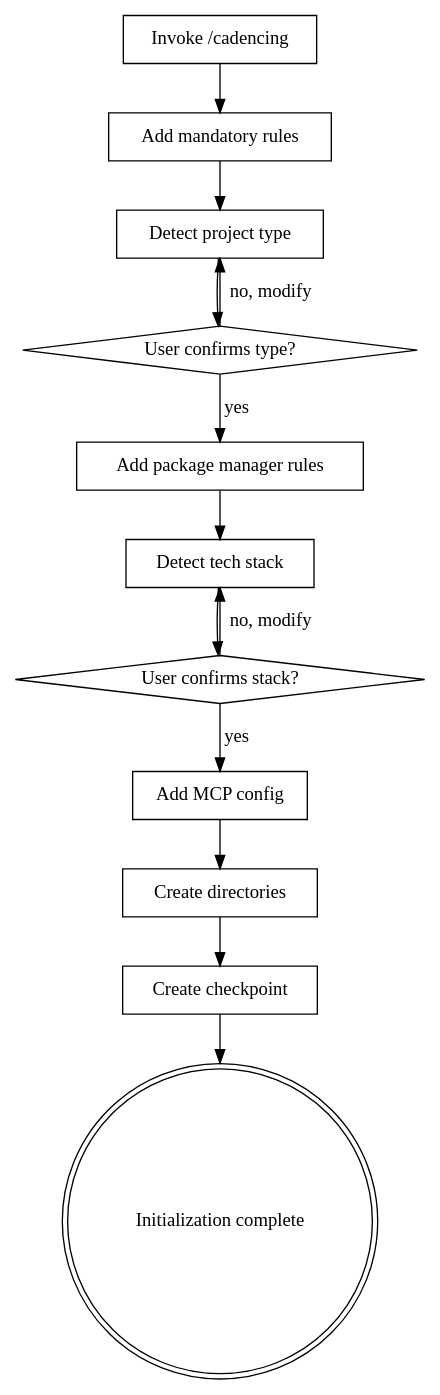
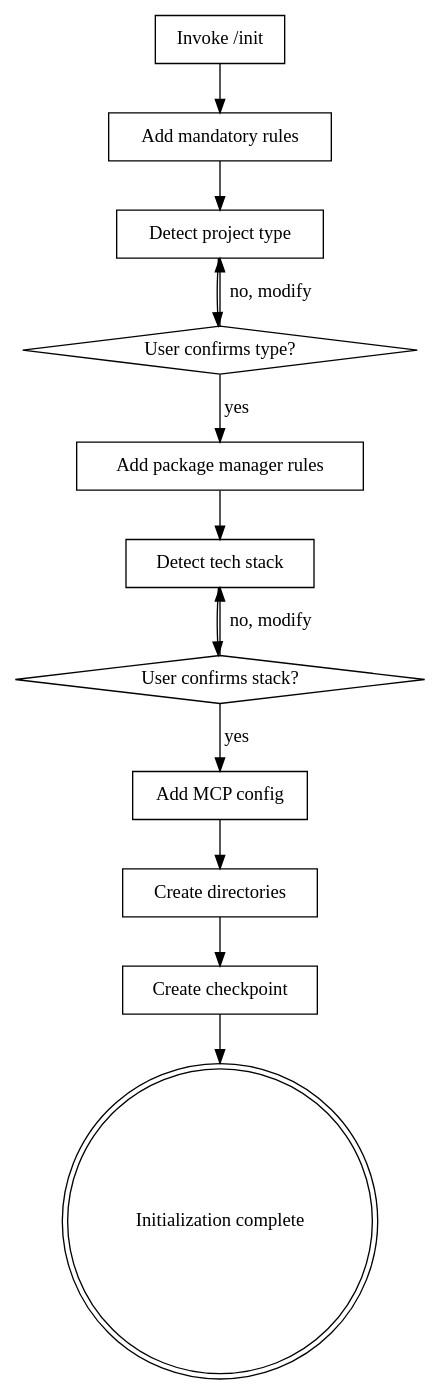
The diagram in .claude/designs/next/skills/cadencing/SKILL.md (ymm512/Cadence-skills), drawn with Graphviz before and after one commit. The commit also changed other lines of this file and 1 other file, not shown here.

Commit message:
改错了，还原

````diff
--- a/.claude/designs/next/skills/cadencing/SKILL.md
+++ b/.claude/designs/next/skills/cadencing/SKILL.md
@@ -33,28 +33,28 @@
 ```dot
 digraph cadencing {
-    "Invoke /cadencing" [shape=box];
+    "Invoke /init" [shape=box];
     "Add mandatory rules" [shape=box];
     "Detect project type" [shape=box];
     "User confirms type?" [shape=diamond];
     "Add package manager rules" [shape=box];
     "Detect tech stack" [shape=box];
     "User confirms stack?" [shape=diamond];
     "Add MCP config" [shape=box];
     "Create directories" [shape=box];
     "Create checkpoint" [shape=box];
     "Initialization complete" [shape=doublecircle];
 
-    "Invoke /cadencing" -> "Add mandatory rules";
+    "Invoke /init" -> "Add mandatory rules";
     "Add mandatory rules" -> "Detect project type";
     "Detect project type" -> "User confirms type?";
     "User confirms type?" -> "Detect project type" [label="no, modify"];
     "User confirms type?" -> "Add package manager rules" [label="yes"];
     "Add package manager rules" -> "Detect tech stack";
     "Detect tech stack" -> "User confirms stack?";
     "User confirms stack?" -> "Detect tech stack" [label="no, modify"];
     "User confirms stack?" -> "Add MCP config" [label="yes"];
     "Add MCP config" -> "Create directories";
     "Create directories" -> "Create checkpoint";
     "Create checkpoint" -> "Initialization complete";
 }
 ```
````
